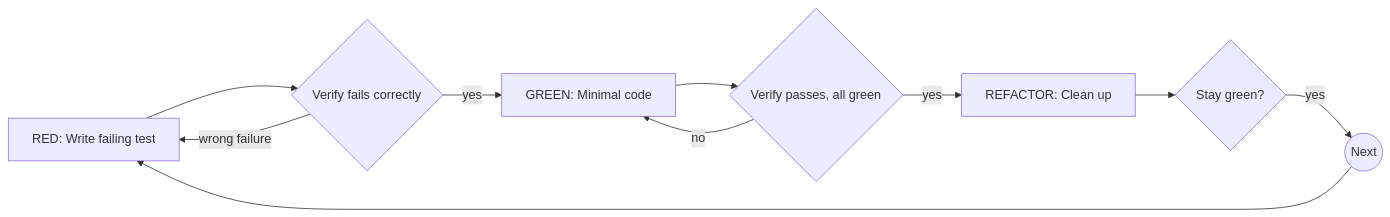
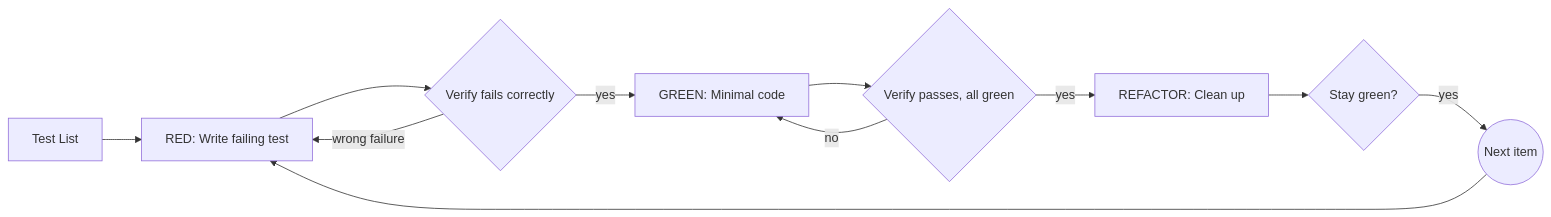
The diagram in skills/testing/test-driven-development/SKILL.md (complexthings/superpowers), drawn with Mermaid before and after one commit. The commit also changed other lines of this file and 76 other files, not shown here.

````diff
--- a/skills/testing/test-driven-development/SKILL.md
+++ b/skills/testing/test-driven-development/SKILL.md
@@ -53,12 +53,13 @@
 ```mermaid
 flowchart LR
+    LIST[Test List] --> RED
     RED[RED: Write failing test] --> VR{Verify fails correctly}
     VR -->|yes| GREEN[GREEN: Minimal code]
     VR -->|wrong failure| RED
     GREEN --> VG{Verify passes, all green}
     VG -->|yes| REFACTOR[REFACTOR: Clean up]
     VG -->|no| GREEN
     REFACTOR --> VG2{Stay green?}
-    VG2 -->|yes| NEXT((Next))
+    VG2 -->|yes| NEXT((Next item))
     NEXT --> RED
 ```
````
